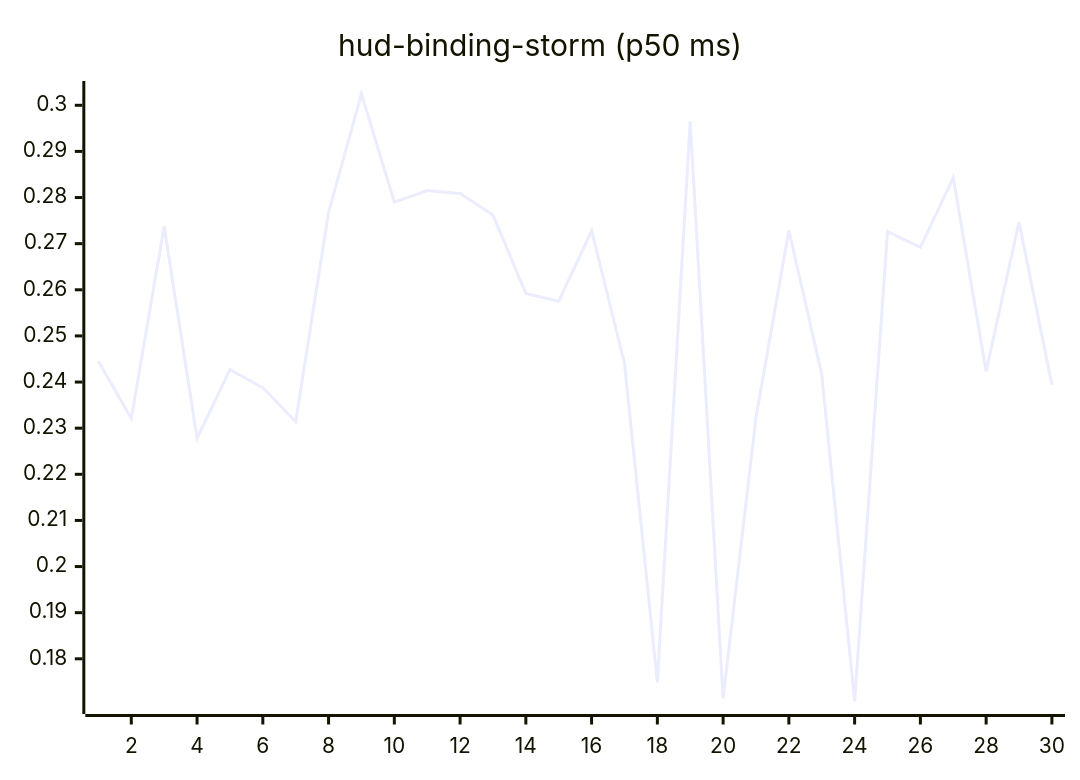
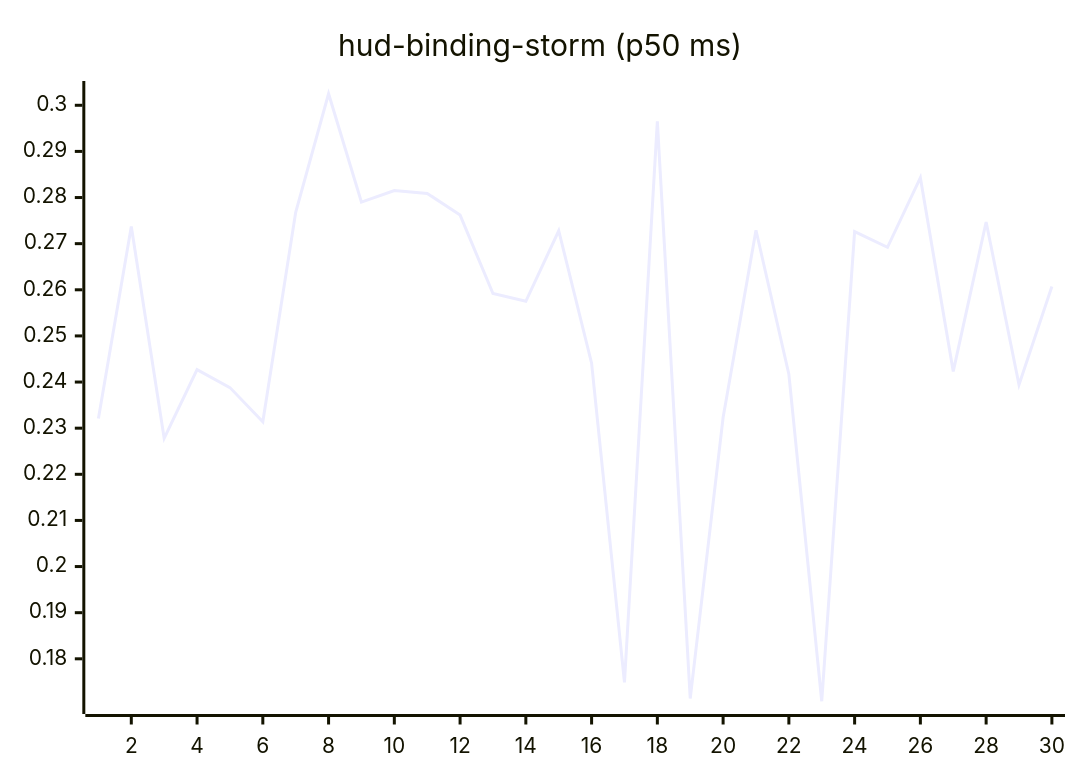
One commit to josha/Facet changed the tenth of 27 diagrams in README.md. Above: the diagram before and after it, drawn with Mermaid. The commit also changed other lines of this file and 2 other files, not shown here.

````diff
--- a/README.md
+++ b/README.md
@@ -126,6 +126,6 @@
 ```mermaid
 xychart-beta
     title "hud-binding-storm (p50 ms)"
     x-axis 1 --> 30
-    line [0.2445, 0.2321, 0.2737, 0.2278, 0.2427, 0.2388, 0.2314, 0.2768, 0.3025, 0.2790, 0.2815, 0.2809, 0.2762, 0.2592, 0.2575, 0.2728, 0.2441, 0.1749, 0.2965, 0.1714, 0.2323, 0.2729, 0.2417, 0.1708, 0.2726, 0.2692, 0.2843, 0.2423, 0.2747, 0.2394]
+    line [0.2321, 0.2737, 0.2278, 0.2427, 0.2388, 0.2314, 0.2768, 0.3025, 0.2790, 0.2815, 0.2809, 0.2762, 0.2592, 0.2575, 0.2728, 0.2441, 0.1749, 0.2965, 0.1714, 0.2323, 0.2729, 0.2417, 0.1708, 0.2726, 0.2692, 0.2843, 0.2423, 0.2747, 0.2394, 0.2607]
 ```
````
